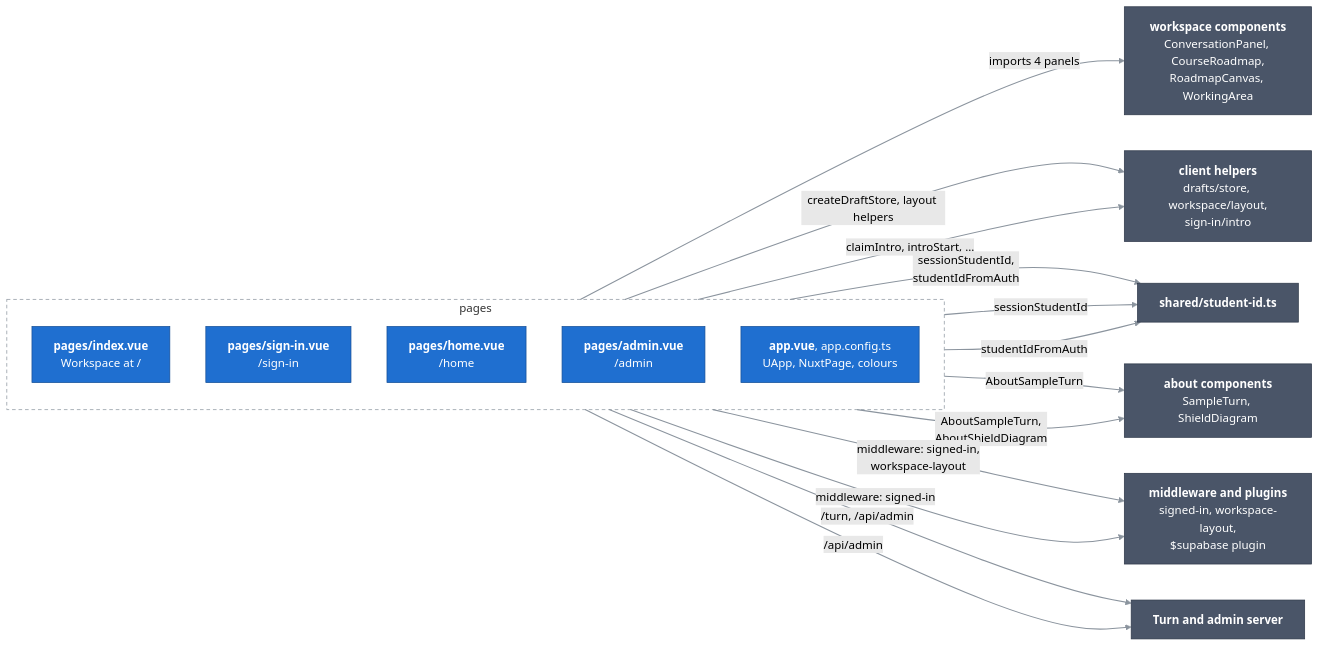
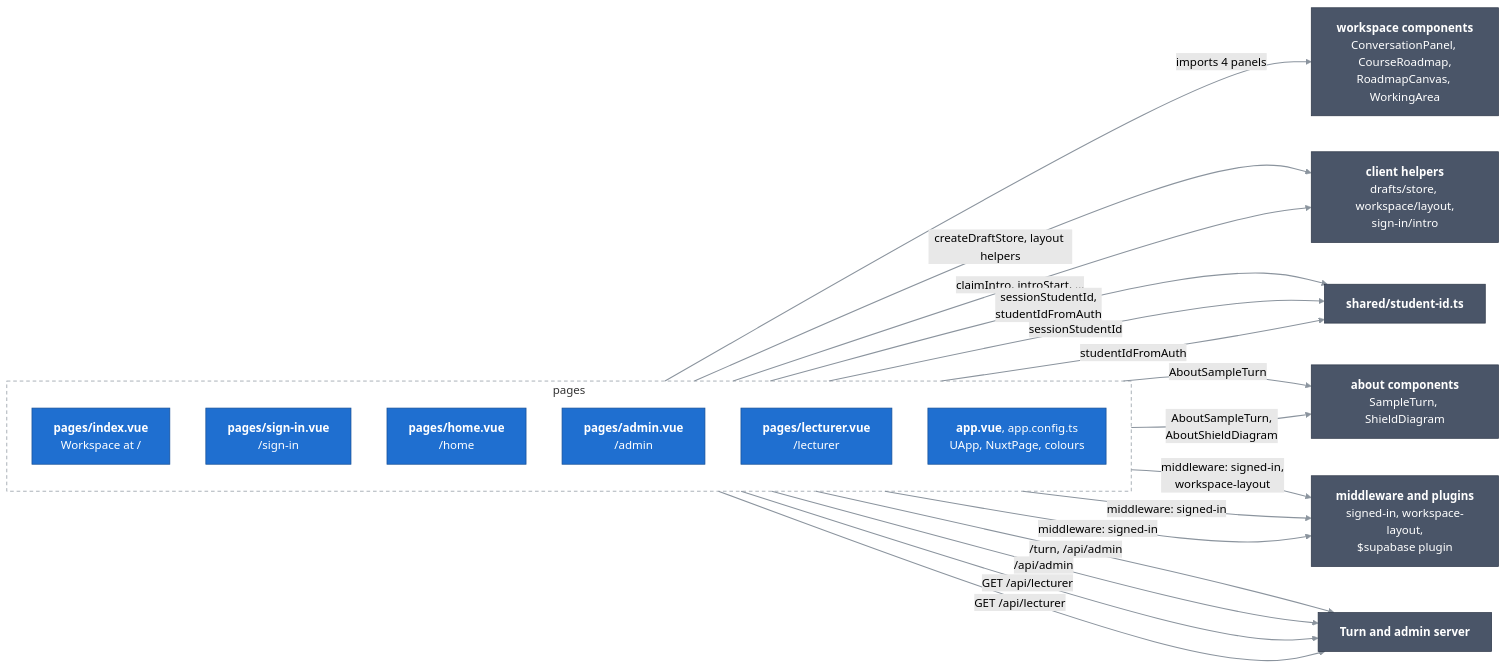
One commit to Bill2926/COS40005_HN9_Verifiable_Co-Learner_Agent changed the diagram in docs/c4/03-components/web-app/01-pages.md. Above: the diagram before and after it, drawn with Mermaid (forest theme). The commit also changed other lines of this file and 20 other files, not shown here.

````diff
--- a/docs/c4/03-components/web-app/01-pages.md
+++ b/docs/c4/03-components/web-app/01-pages.md
@@ -10,37 +10,41 @@
 ```mermaid
 flowchart LR
   classDef comp fill:#1f6fd0,stroke:#164f96,color:#ffffff
   classDef near fill:#4a5568,stroke:#2d3748,color:#ffffff
   linkStyle default stroke:#8b949e,stroke-width:1.5px
 
   subgraph pages["pages"]
     direction TB
     index["<b>pages/index.vue</b><br/>Workspace at /"]:::comp
     signin["<b>pages/sign-in.vue</b><br/>/sign-in"]:::comp
     home["<b>pages/home.vue</b><br/>/home"]:::comp
     admin["<b>pages/admin.vue</b><br/>/admin"]:::comp
+    lecturer["<b>pages/lecturer.vue</b><br/>/lecturer"]:::comp
     shell["<b>app.vue</b>, app.config.ts<br/>UApp, NuxtPage, colours"]:::comp
   end
 
   panels["<b>workspace components</b><br/>ConversationPanel, CourseRoadmap,<br/>RoadmapCanvas, WorkingArea"]:::near
   helpers["<b>client helpers</b><br/>drafts/store, workspace/layout,<br/>sign-in/intro"]:::near
   studentId["<b>shared/student-id.ts</b>"]:::near
   aboutParts["<b>about components</b><br/>SampleTurn, ShieldDiagram"]:::near
   mw["<b>middleware and plugins</b><br/>signed-in, workspace-layout,<br/>$supabase plugin"]:::near
   server["<b>Turn and admin server</b>"]:::near
 
   index -->|"imports 4 panels"| panels
   index -->|"createDraftStore, layout helpers"| helpers
   signin -->|"claimIntro, introStart, ..."| helpers
   index -->|"sessionStudentId,<br/>studentIdFromAuth"| studentId
   signin -->|"sessionStudentId"| studentId
   home -->|"studentIdFromAuth"| studentId
   signin ==>|"AboutSampleTurn"| aboutParts
   home ==>|"AboutSampleTurn,<br/>AboutShieldDiagram"| aboutParts
   index ==>|"middleware: signed-in,<br/>workspace-layout"| mw
   admin ==>|"middleware: signed-in"| mw
   index ==>|"/turn, /api/admin"| server
   admin ==>|"/api/admin"| server
+  lecturer ==>|"middleware: signed-in"| mw
+  lecturer ==>|"GET /api/lecturer"| server
+  signin ==>|"GET /api/lecturer"| server
 
   style pages fill:none,stroke:#8b949e,stroke-dasharray:5 4
 ```
````
